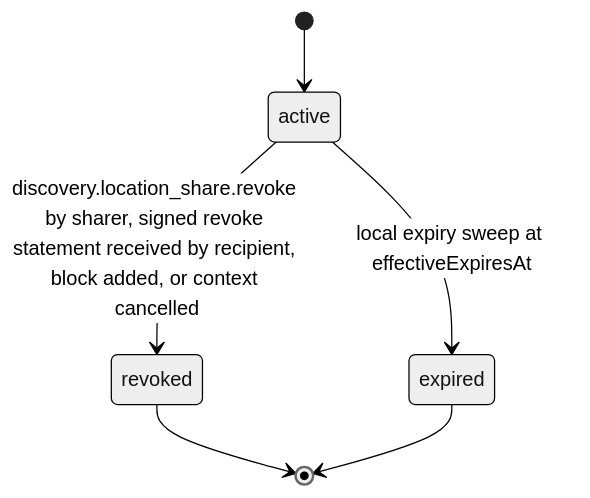
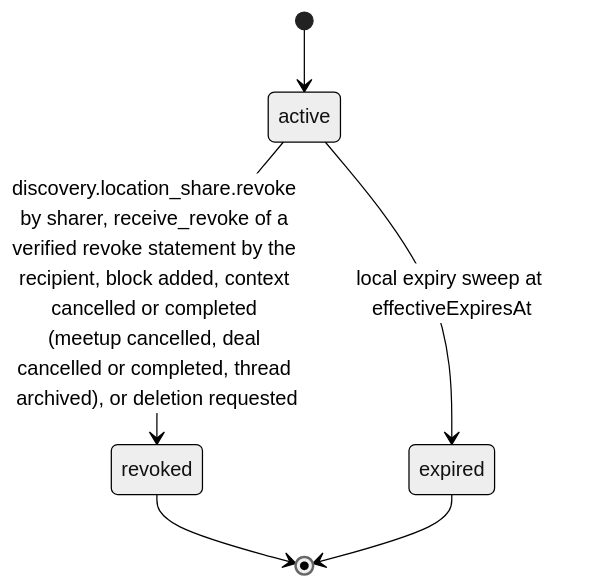
Before and after one commit to djshellshoxxx/CLASSifiedisRUPTed: the diagram in 06_Discovery/02_geoprivacy/mod_location/workflow_state_machine.md, drawn with Mermaid (neutral theme). The commit also changed other lines of this file and 376 other files, not shown here.

````diff
--- a/06_Discovery/02_geoprivacy/mod_location/workflow_state_machine.md
+++ b/06_Discovery/02_geoprivacy/mod_location/workflow_state_machine.md
@@ -24,8 +24,8 @@
 ```mermaid
 stateDiagram-v2
   [*] --> active
-  active --> revoked: discovery.location_share.revoke by sharer, signed revoke statement received by recipient, block added, or context cancelled
+  active --> revoked: discovery.location_share.revoke by sharer, receive_revoke of a verified revoke statement by the recipient, block added, context cancelled or completed (meetup cancelled, deal cancelled or completed, thread archived), or deletion requested
   active --> expired: local expiry sweep at effectiveExpiresAt
   revoked --> [*]
   expired --> [*]
 ```
````
